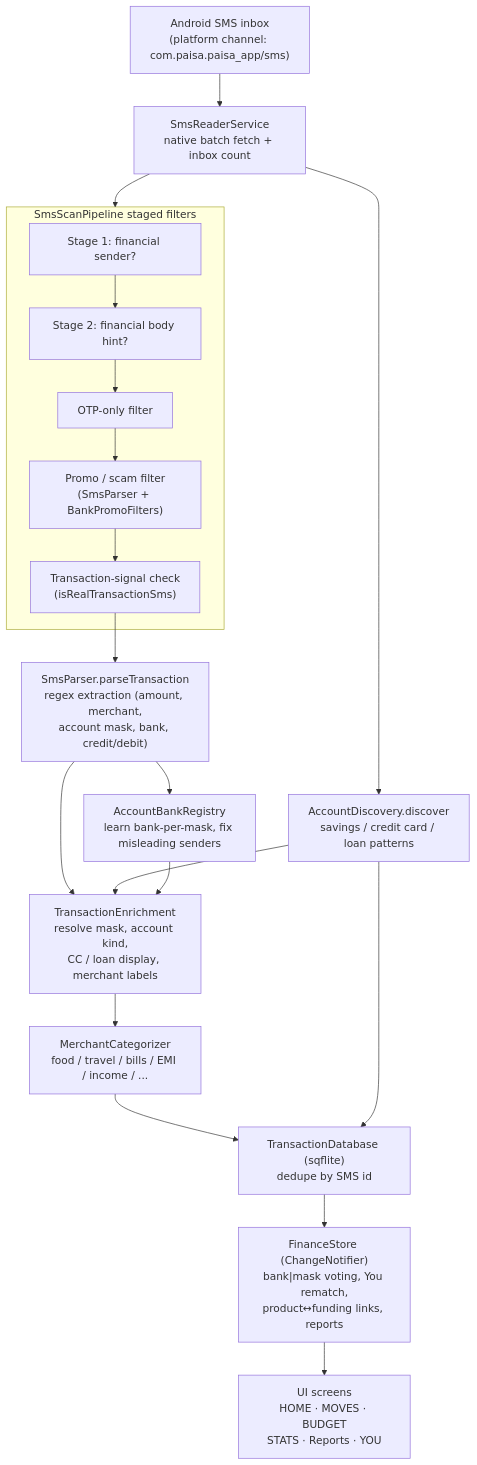
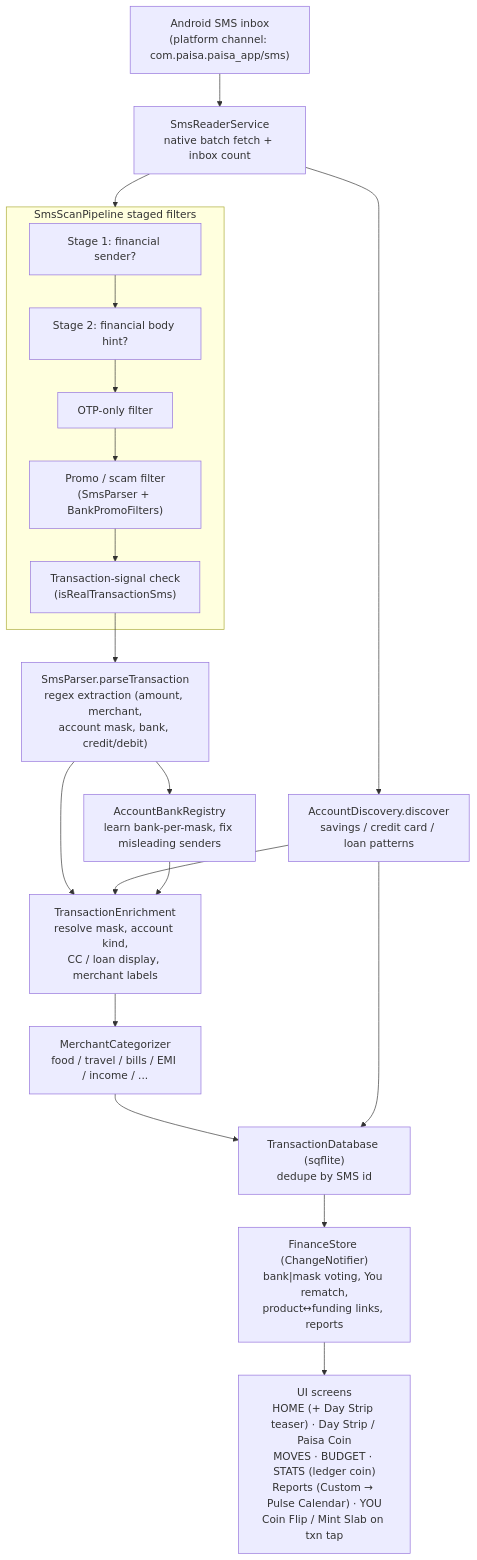
One commit to ak0982/paisa changed the diagram in README.md. Above: the diagram before and after it, drawn with Mermaid. The commit also changed other lines of this file and 1 other file, not shown here.

First line of the commit message:
Refresh AGENTS and README for Day Strip, Stats coin, Pulse Calendar, and Coin Flip.

````diff
--- a/README.md
+++ b/README.md
@@ -57,30 +60,30 @@
 ```mermaid
 flowchart TD
     A["Android SMS inbox<br/>(platform channel: com.paisa.paisa_app/sms)"] --> B["SmsReaderService<br/>native batch fetch + inbox count"]
     B --> C["SmsScanPipeline<br/>staged filters"]
 
     subgraph C[SmsScanPipeline staged filters]
         C1["Stage 1: financial sender?"]
         C2["Stage 2: financial body hint?"]
         C3["OTP-only filter"]
         C4["Promo / scam filter<br/>(SmsParser + BankPromoFilters)"]
         C5["Transaction-signal check<br/>(isRealTransactionSms)"]
         C1 --> C2 --> C3 --> C4 --> C5
     end
 
     C5 --> D["SmsParser.parseTransaction<br/>regex extraction (amount, merchant,<br/>account mask, bank, credit/debit)"]
     D --> E["AccountBankRegistry<br/>learn bank-per-mask, fix misleading senders"]
 
     B --> F["AccountDiscovery.discover<br/>savings / credit card / loan patterns"]
 
     D --> G["TransactionEnrichment<br/>resolve mask, account kind,<br/>CC / loan display, merchant labels"]
     F --> G
     E --> G
 
     G --> H["MerchantCategorizer<br/>food / travel / bills / EMI / income / ..."]
     H --> I["TransactionDatabase (sqflite)<br/>dedupe by SMS id"]
     F --> I
 
     I --> J["FinanceStore (ChangeNotifier)<br/>bank|mask voting, You rematch,<br/>product↔funding links, reports"]
-    J --> K["UI screens<br/>HOME · MOVES · BUDGET<br/>STATS · Reports · YOU"]
+    J --> K["UI screens<br/>HOME (+ Day Strip teaser) · Day Strip / Paisa Coin<br/>MOVES · BUDGET · STATS (ledger coin)<br/>Reports (Custom → Pulse Calendar) · YOU<br/>Coin Flip / Mint Slab on txn tap"]
 ```
````
